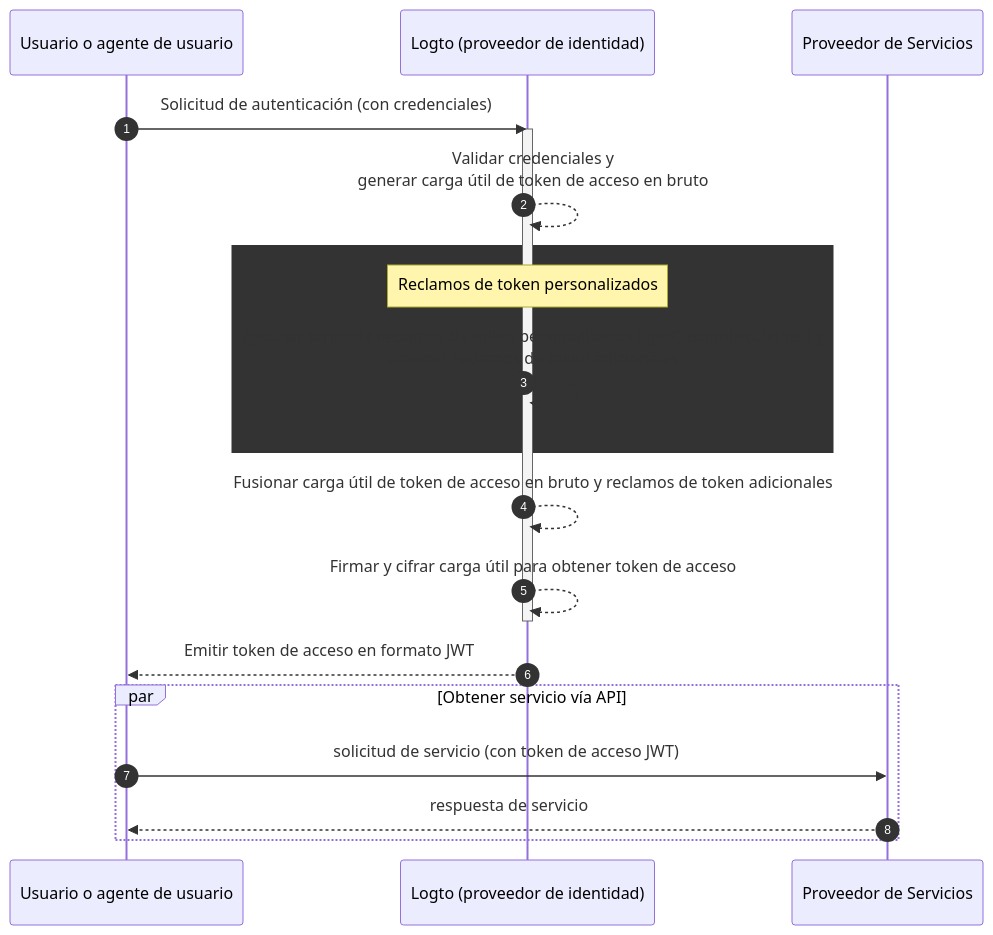
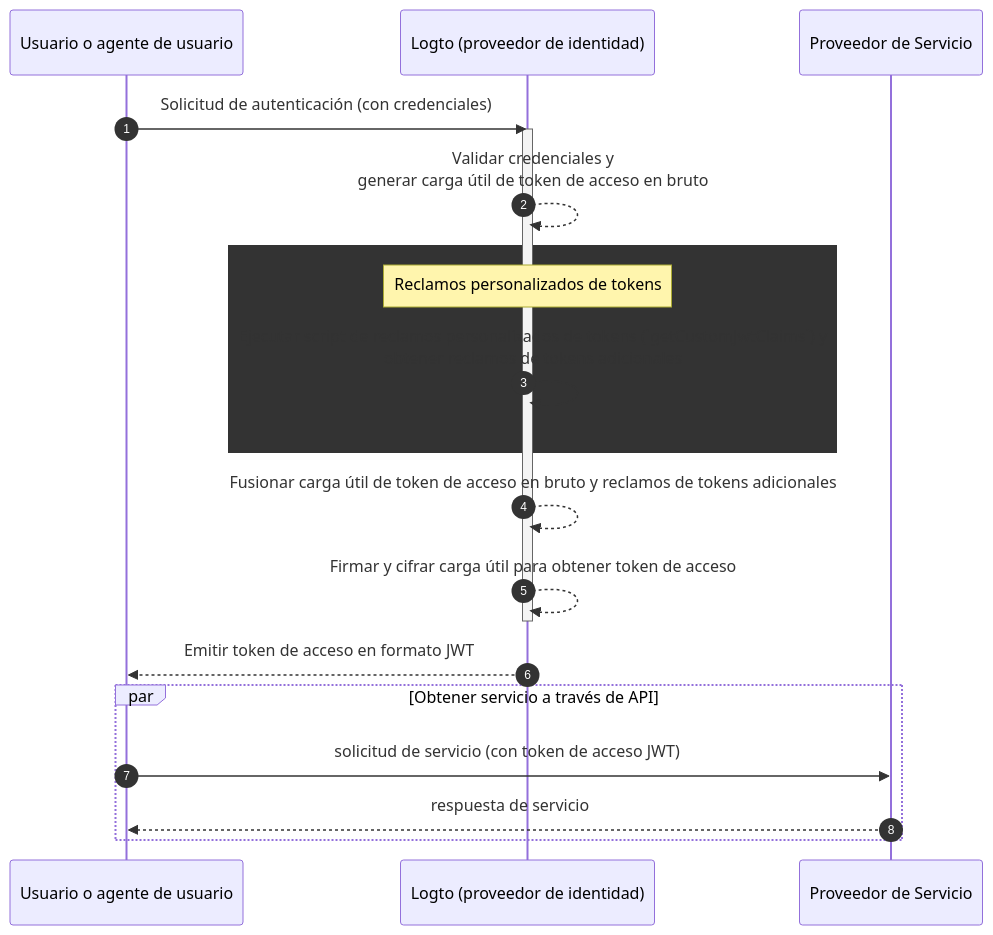
The diagram in i18n/es/docusaurus-plugin-content-docs/current/developers/custom-token-claims/README.mdx (logto-io/docs), drawn with Mermaid before and after one commit. The commit also changed other lines of this file and 407 other files, not shown here.

````diff
--- a/i18n/es/docusaurus-plugin-content-docs/current/developers/custom-token-claims/README.mdx
+++ b/i18n/es/docusaurus-plugin-content-docs/current/developers/custom-token-claims/README.mdx
@@ -24,23 +26,23 @@
 ```mermaid
 sequenceDiagram
   participant U as Usuario o agente de usuario
   participant IdP as Logto (proveedor de identidad)
-  participant SP as Proveedor de Servicios
+  participant SP as Proveedor de Servicio
 
   autonumber
   U ->> IdP: Solicitud de autenticación (con credenciales)
   activate IdP
   IdP-->>IdP: Validar credenciales y<br/>generar carga útil de token de acceso en bruto
   rect var(--mermaid-rect-fill)
-  note over IdP: Reclamos de token personalizados
-  IdP->>IdP: Ejecutar script de reclamos de token personalizados (`getCustomJwtClaims`) y<br/>obtener reclamos de token adicionales
+  note over IdP: Reclamos personalizados de tokens
+  IdP->>IdP: Ejecutar script de reclamos personalizados de tokens (`getCustomJwtClaims`) y<br/>obtener reclamos de tokens adicionales
   end
-  IdP-->>IdP: Fusionar carga útil de token de acceso en bruto y reclamos de token adicionales
+  IdP-->>IdP: Fusionar carga útil de token de acceso en bruto y reclamos de tokens adicionales
   IdP-->>IdP: Firmar y cifrar carga útil para obtener token de acceso
   deactivate IdP
   IdP-->>U: Emitir token de acceso en formato JWT
-  par Obtener servicio vía API
+  par Obtener servicio a través de API
   U->>SP: solicitud de servicio (con token de acceso JWT)
   SP-->>U: respuesta de servicio
   end
 ```
````
